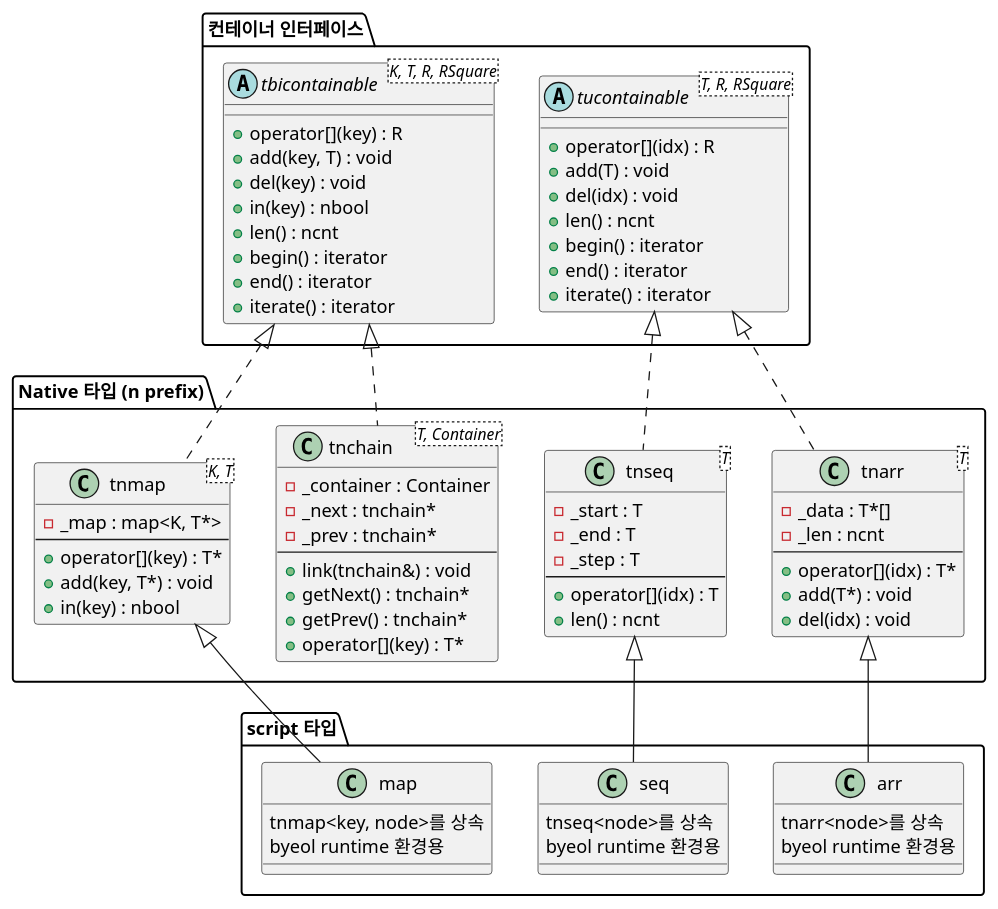
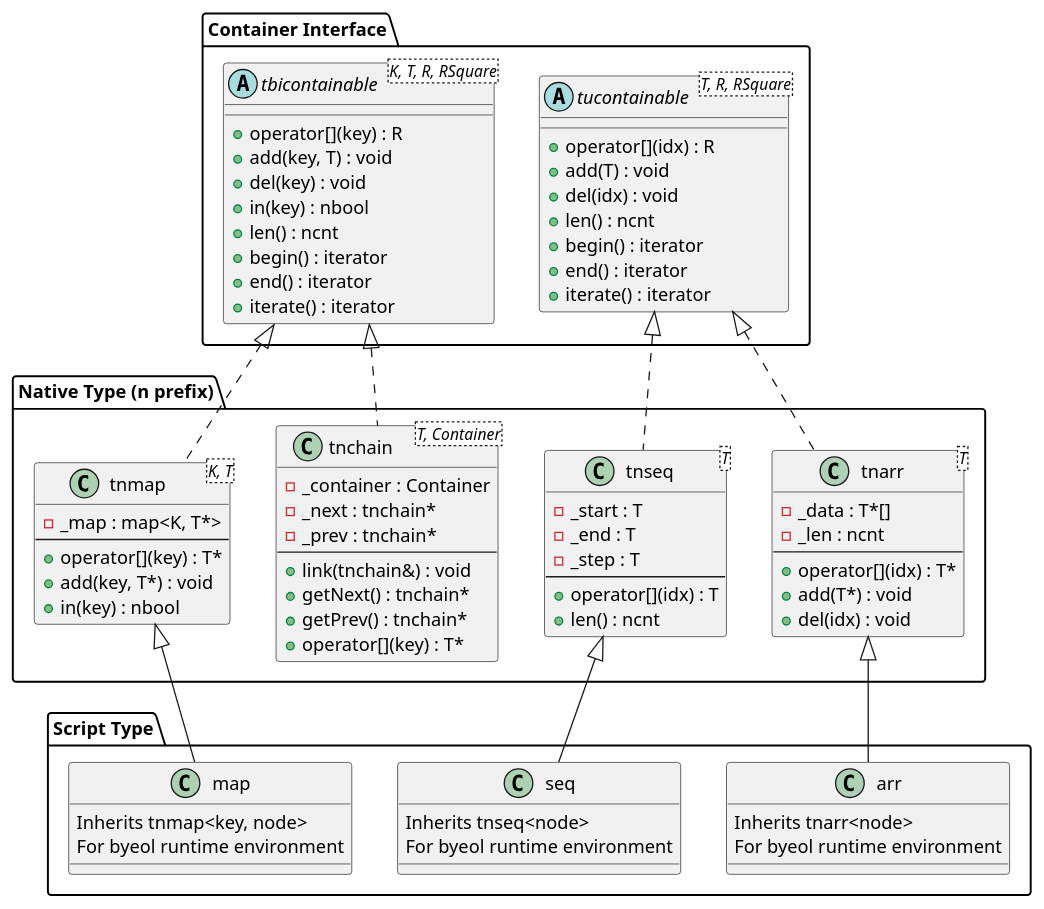
The sixth of 19 diagrams in doc/ref/ko/ai-architecture-core.md (byeolang/byeol), drawn with PlantUML before and after one commit. The commit also changed other lines of this file, not shown here.

Commit message:
doc(core): translate english in plantuml to korean

```diff
--- a/doc/ref/ko/ai-architecture-core.md
+++ b/doc/ref/ko/ai-architecture-core.md
@@ -1482,5 +1482,5 @@
 @startuml
-package "컨테이너 인터페이스" {
+package "Container Interface" {
     abstract class "tucontainable<T, R, RSquare>" as tucontainable {
         + operator[](idx) : R
         + add(T) : void
@@ -1503,7 +1503,7 @@
     }
 }
 
-package "Native 타입 (n prefix)" {
+package "Native Type (n prefix)" {
     class "tnarr<T>" as tnarr {
         - _data : T*[]
         - _len : ncnt
@@ -1542,20 +1542,20 @@
     }
 }
 
-package "script 타입" {
+package "Script Type" {
     class "arr" as arr {
-        tnarr<node>를 상속
-        byeol runtime 환경용
+        Inherits tnarr<node>
+        For byeol runtime environment
     }
 
     class "map" as map {
-        tnmap<key, node>를 상속
-        byeol runtime 환경용
+        Inherits tnmap<key, node>
+        For byeol runtime environment
     }
 
     class "seq" as seq {
-        tnseq<node>를 상속
-        byeol runtime 환경용
+        Inherits tnseq<node>
+        For byeol runtime environment
     }
 }
 
```
